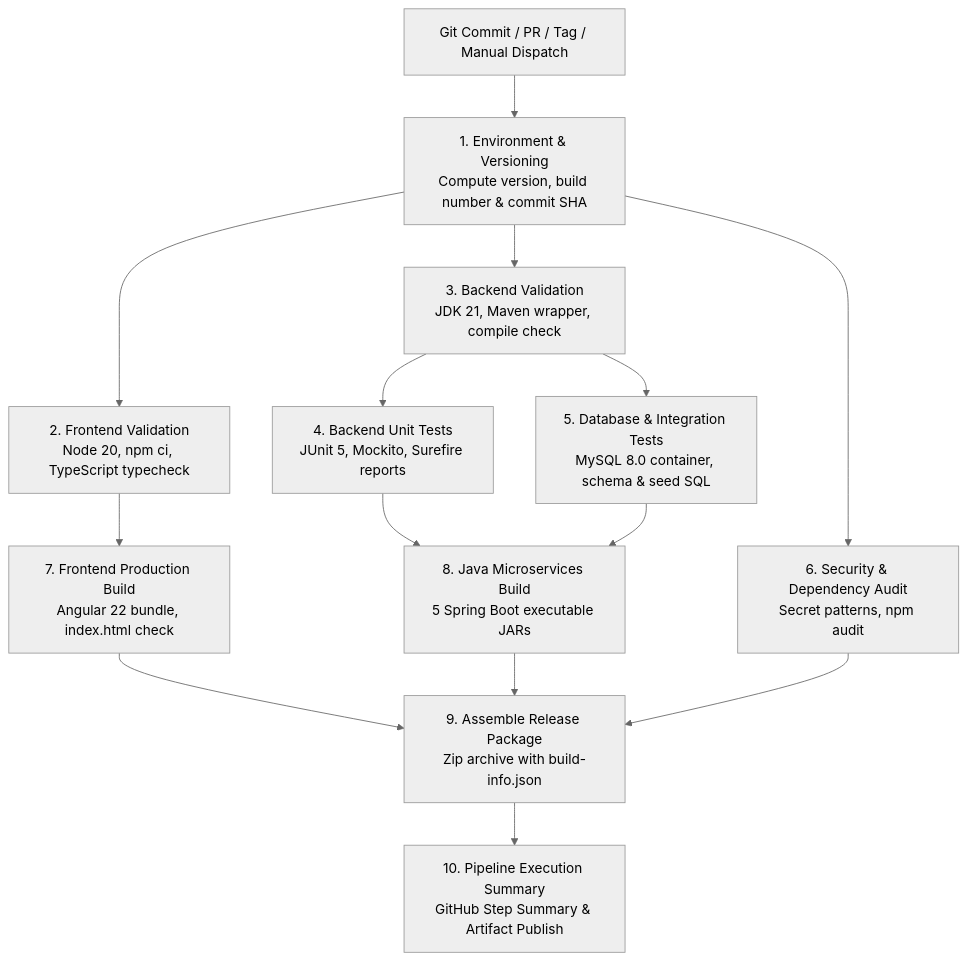
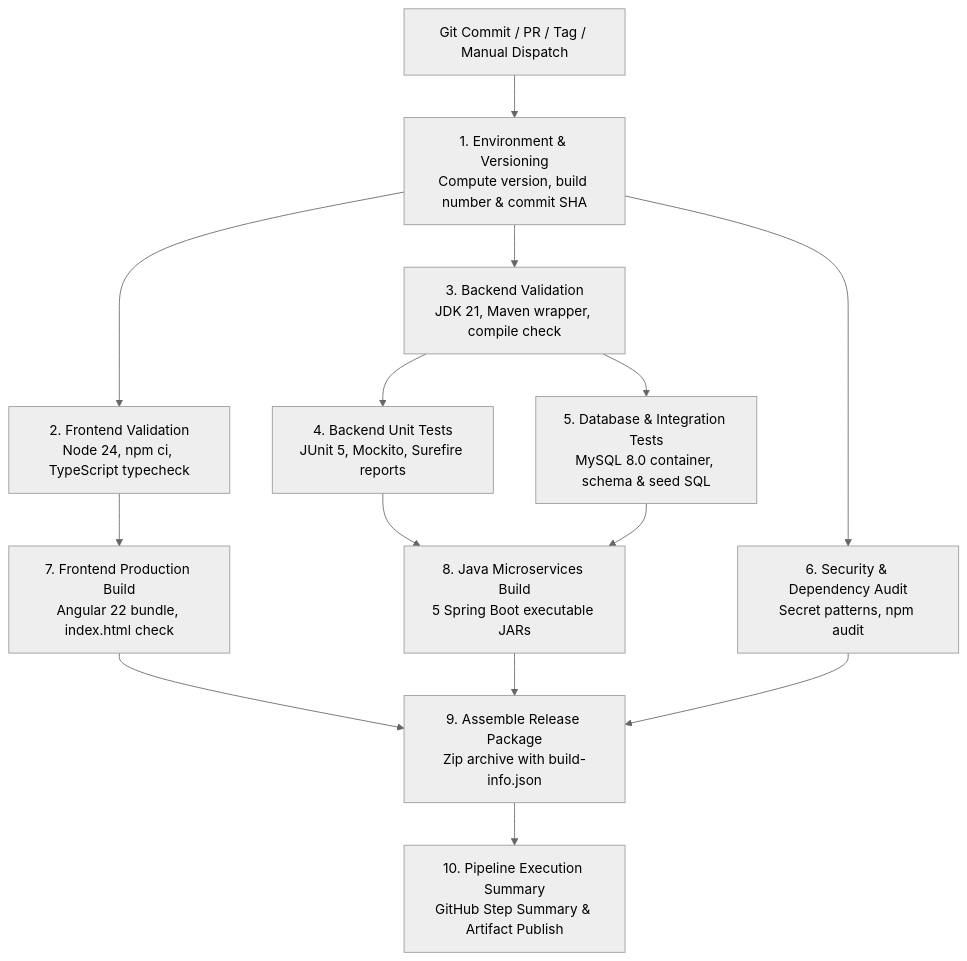
The diagram in .github/workflows/README.md (GovindCoding/AI_Learning_APP), drawn with Mermaid (neutral theme) before and after one commit. The commit also changed other lines of this file and 2 other files, not shown here.

Commit message:
frontend pipeline fixes

````diff
--- a/.github/workflows/README.md
+++ b/.github/workflows/README.md
@@ -11,22 +11,22 @@
 ```mermaid
 flowchart TD
     TRIG[Git Commit / PR / Tag / Manual Dispatch] --> PREP[1. Environment & Versioning<br/>Compute version, build number & commit SHA]
     
-    PREP --> FE_VAL[2. Frontend Validation<br/>Node 20, npm ci, TypeScript typecheck]
+    PREP --> FE_VAL[2. Frontend Validation<br/>Node 24, npm ci, TypeScript typecheck]
     PREP --> BE_VAL[3. Backend Validation<br/>JDK 21, Maven wrapper, compile check]
     PREP --> SEC[6. Security & Dependency Audit<br/>Secret patterns, npm audit]
     
     FE_VAL --> FE_BUILD[7. Frontend Production Build<br/>Angular 22 bundle, index.html check]
     
     BE_VAL --> TESTS[4. Backend Unit Tests<br/>JUnit 5, Mockito, Surefire reports]
     BE_VAL --> DB_TESTS[5. Database & Integration Tests<br/>MySQL 8.0 container, schema & seed SQL]
     
     TESTS --> BE_BUILD[8. Java Microservices Build<br/>5 Spring Boot executable JARs]
     DB_TESTS --> BE_BUILD
     
     FE_BUILD --> PKG[9. Assemble Release Package<br/>Zip archive with build-info.json]
     BE_BUILD --> PKG
     SEC --> PKG
     
     PKG --> SUMM[10. Pipeline Execution Summary<br/>GitHub Step Summary & Artifact Publish]
 ```
````
